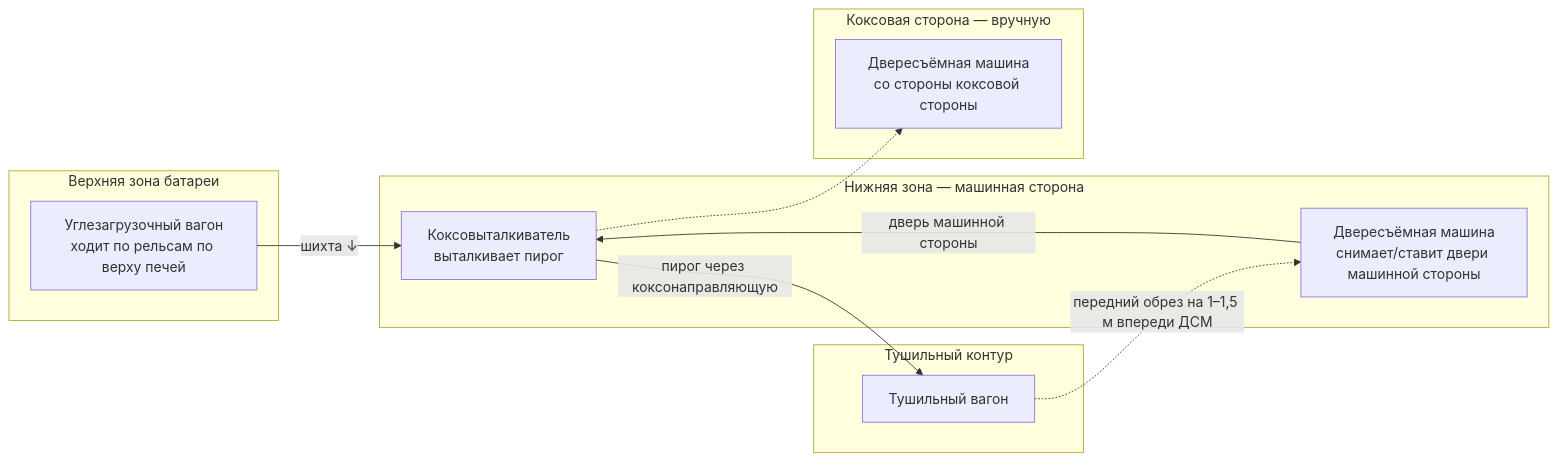
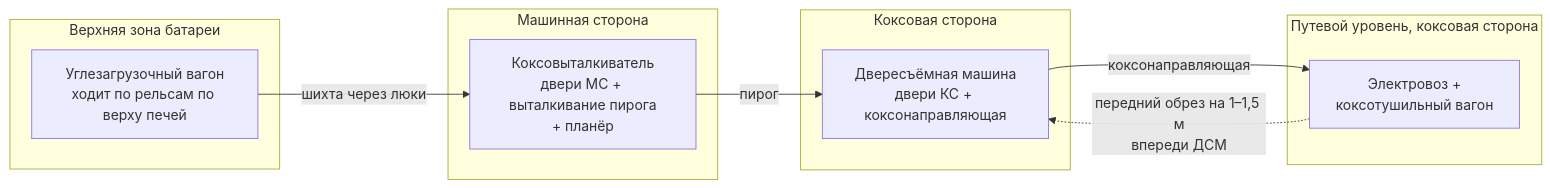
The second of 5 diagrams in docs/01-мнемосхема.md (qsss-q/Production-schedule-generation-and-control-system), drawn with Mermaid before and after one commit. The commit also changed other lines of this file and 30 other files, not shown here.

````diff
--- a/docs/01-мнемосхема.md
+++ b/docs/01-мнемосхема.md
@@ -73,21 +73,19 @@
 ```mermaid
 flowchart LR
   subgraph ВЕРХ["Верхняя зона батареи"]
     УВ["Углезагрузочный вагон<br/>ходит по рельсам по верху печей"]
   end
-  subgraph НИЗ["Нижняя зона — машинная сторона"]
-    ДСМ["Двересъёмная машина<br/>снимает/ставит двери машинной стороны"]
-    КВЫТ["Коксовыталкиватель<br/>выталкивает пирог"]
+  subgraph НИЗ["Машинная сторона"]
+    КВЫТ["Коксовыталкиватель<br/>двери МС + выталкивание пирога<br/>+ планёр"]
   end
-  subgraph ТУШИЛЬНЫЙ["Тушильный контур"]
-    ТУШВАГ["Тушильный вагон"]
+  subgraph ТУШИЛЬНЫЙ["Путевой уровень, коксовая сторона"]
+    ТУШВАГ["Электровоз +<br/>коксотушильный вагон"]
   end
-  subgraph КОКСОВАЯ["Коксовая сторона — вручную"]
-    ДВЕР["Двересъёмная машина<br/>со стороны коксовой стороны"]
+  subgraph КОКСОВАЯ["Коксовая сторона"]
+    ДСМ["Двересъёмная машина<br/>двери КС + коксонаправляющая"]
   end
-  УВ -->|"шихта ↓"| КВЫТ
-  ДСМ -->|"дверь машинной стороны"| КВЫТ
-  КВЫТ -->|"пирог через коксонаправляющую"| ТУШВАГ
-  ТУШВАГ -.->|"передний обрез на 1–1,5 м впереди ДСМ"| ДСМ
-  КВЫТ -.-> ДВЕР
+  УВ -->|"шихта через люки"| КВЫТ
+  КВЫТ -->|"пирог"| ДСМ
+  ДСМ -->|"коксонаправляющая"| ТУШВАГ
+  ТУШВАГ -.->|"передний обрез на 1–1,5 м<br/>впереди ДСМ"| ДСМ
 ```
````
